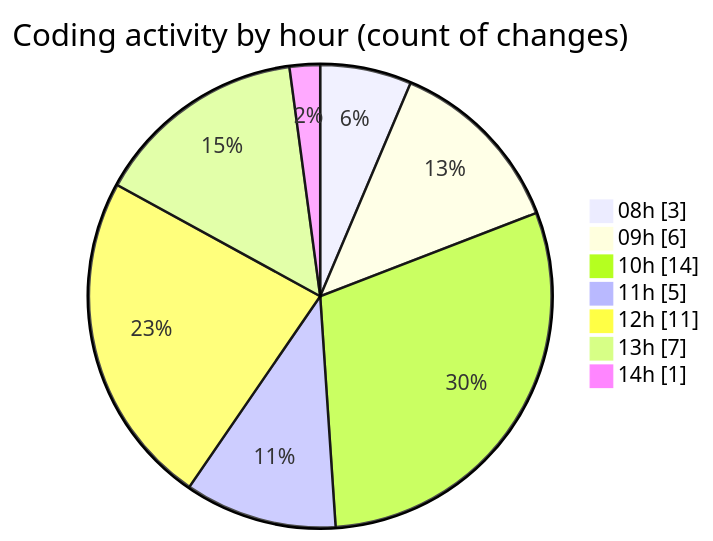
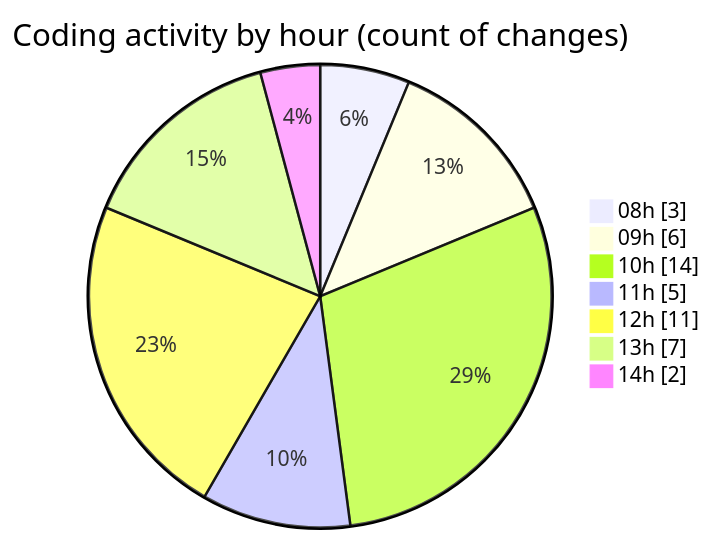
One commit to BS-eng2023/code-tracking changed the second of 2 diagrams in 2025-04-01/jsvms/README.md. Above: the diagram before and after it, drawn with Mermaid. The commit also changed other lines of this file and 1 other file, not shown here.

````diff
--- a/2025-04-01/jsvms/README.md
+++ b/2025-04-01/jsvms/README.md
@@ -45,11 +45,11 @@
 ```mermaid
 pie showData
 title Coding activity by hour (count of changes)
 "08h" : 3
 "09h" : 6
 "10h" : 14
 "11h" : 5
 "12h" : 11
 "13h" : 7
-"14h" : 1
+"14h" : 2
 ```
````
